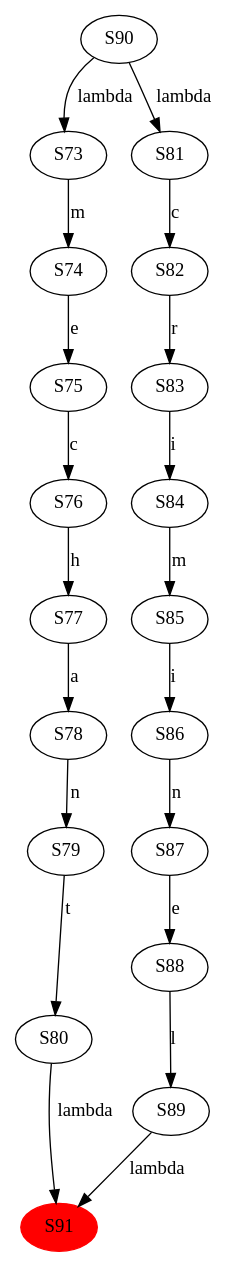
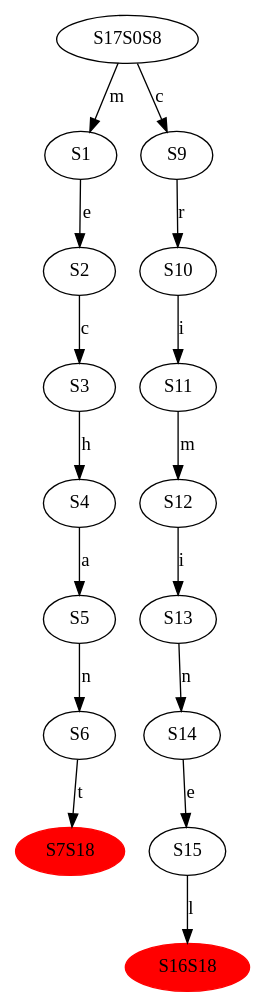
The diagram in purgatory/etape6/ameno.dot (Adpa18/RushHell), drawn with Graphviz before and after one commit. The commit also changed 17 other files, not shown here.

```diff
--- a/purgatory/etape6/ameno.dot
+++ b/purgatory/etape6/ameno.dot
@@ -1,22 +1,19 @@
 digraph fsa {
-  S90 -> S73 [label="lambda"];
-  S90 -> S81 [label="lambda"];
-  S91 [style="filled" color="red"]
-  S73 -> S74 [label="m"];
-  S74 -> S75 [label="e"];
-  S75 -> S76 [label="c"];
-  S76 -> S77 [label="h"];
-  S77 -> S78 [label="a"];
-  S78 -> S79 [label="n"];
-  S79 -> S80 [label="t"];
-  S80 -> S91 [label="lambda"];
-  S81 -> S82 [label="c"];
-  S82 -> S83 [label="r"];
-  S83 -> S84 [label="i"];
-  S84 -> S85 [label="m"];
-  S85 -> S86 [label="i"];
-  S86 -> S87 [label="n"];
-  S87 -> S88 [label="e"];
-  S88 -> S89 [label="l"];
-  S89 -> S91 [label="lambda"];
+  S17S0S8 -> S1 [label="m"];
+  S17S0S8 -> S9 [label="c"];
+  S1 -> S2 [label="e"];
+  S9 -> S10 [label="r"];
+  S2 -> S3 [label="c"];
+  S10 -> S11 [label="i"];
+  S3 -> S4 [label="h"];
+  S11 -> S12 [label="m"];
+  S4 -> S5 [label="a"];
+  S12 -> S13 [label="i"];
+  S5 -> S6 [label="n"];
+  S13 -> S14 [label="n"];
+  S6 -> S7S18 [label="t"];
+  S14 -> S15 [label="e"];
+  S7S18 [style="filled" color="red"]
+  S15 -> S16S18 [label="l"];
+  S16S18 [style="filled" color="red"]
 }
```
